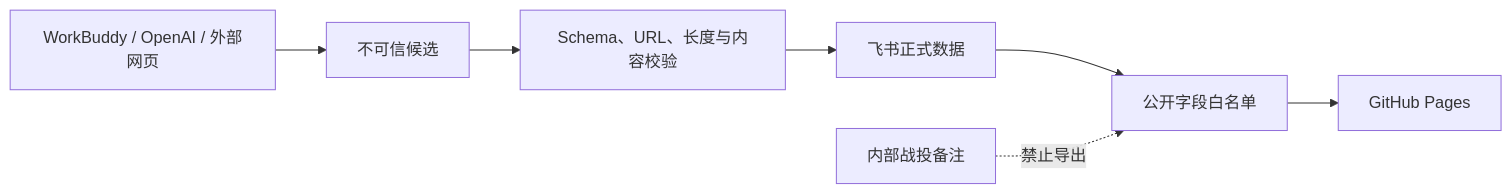
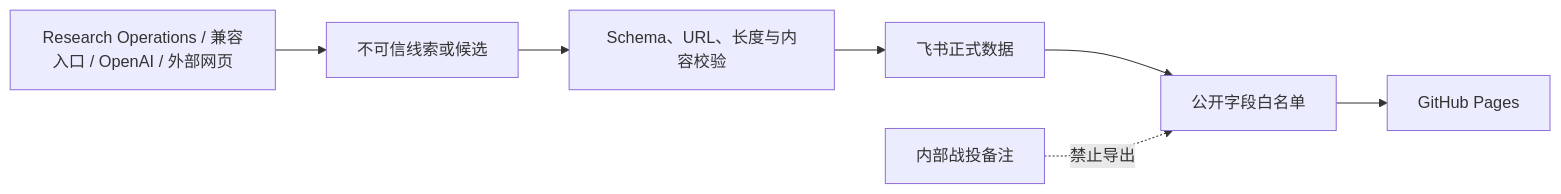
The third of 29 diagrams in architecture.md (AuroraLiu67/embodied-news), drawn with Mermaid before and after one commit. The commit also changed other lines of this file and 32 other files, not shown here.

Commit message:
docs: update research operations baseline

````diff
--- a/architecture.md
+++ b/architecture.md
@@ -318,9 +313,9 @@
 ```mermaid
 flowchart LR
-    External["WorkBuddy / OpenAI / 外部网页"] --> Candidate["不可信候选"]
+    External["Research Operations / 兼容入口 / OpenAI / 外部网页"] --> Candidate["不可信线索或候选"]
     Candidate --> Validation["Schema、URL、长度与内容校验"]
     Validation --> Feishu["飞书正式数据"]
     Feishu --> PublicFilter["公开字段白名单"]
     PublicFilter --> Website["GitHub Pages"]
     Internal["内部战投备注"] -.禁止导出.-> PublicFilter
 ```
````
